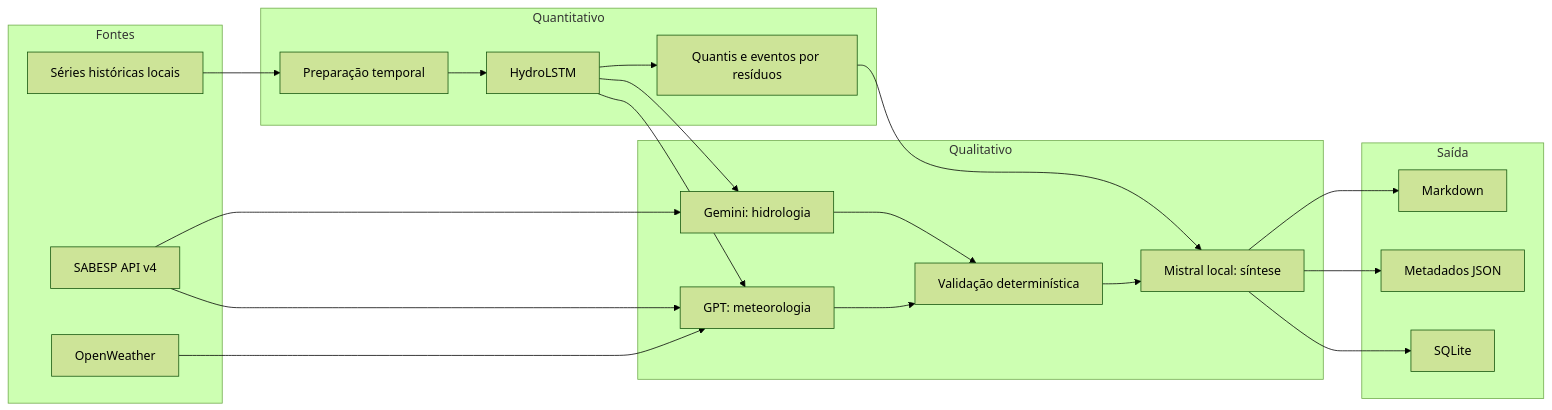
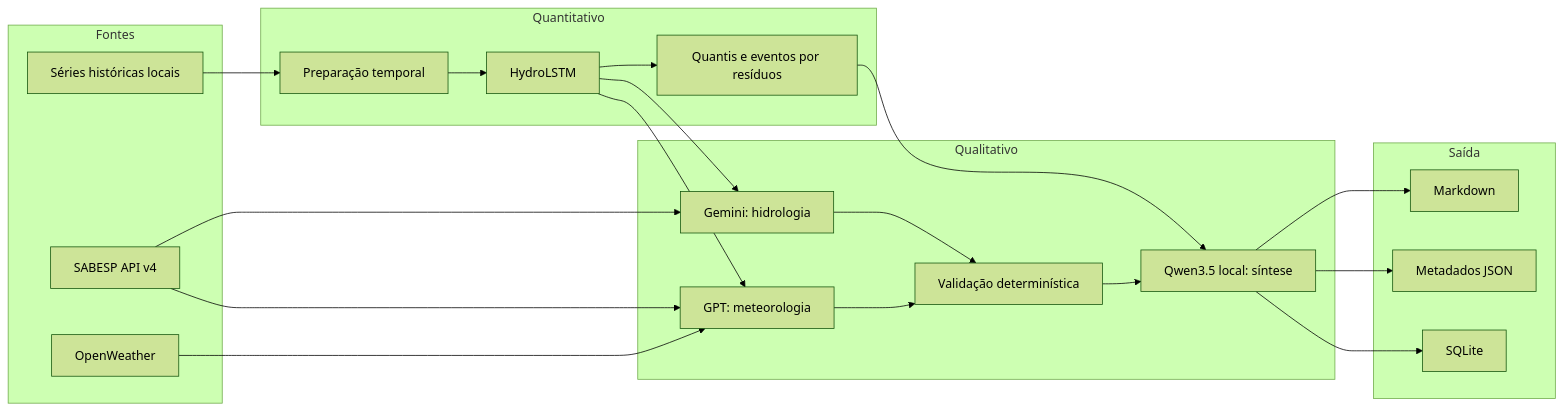
The diagram in docs/ARCHITECTURE.md (enoquesousa/hydraia), drawn with Mermaid (forest theme) before and after one commit. The commit also changed 17 other files, not shown here.

````diff
--- a/docs/ARCHITECTURE.md
+++ b/docs/ARCHITECTURE.md
@@ -7,38 +7,38 @@
 ```mermaid
 flowchart LR
     subgraph Fontes
       S["SABESP API v4"]
       W["OpenWeather"]
       H["Séries históricas locais"]
     end
     subgraph Quantitativo
       D["Preparação temporal"]
       L["HydroLSTM"]
       P["Quantis e eventos por resíduos"]
     end
     subgraph Qualitativo
       G["Gemini: hidrologia"]
       O["GPT: meteorologia"]
       V["Validação determinística"]
-      M["Mistral local: síntese"]
+      M["Qwen3.5 local: síntese"]
     end
     subgraph Saída
       R["Markdown"]
       J["Metadados JSON"]
       Q["SQLite"]
     end
 
     H --> D --> L --> P
     S --> G
     L --> G
     S --> O
     L --> O
     W --> O
     G --> V
     O --> V
     P --> M
     V --> M
     M --> R
     M --> J
     M --> Q
 ```
````
